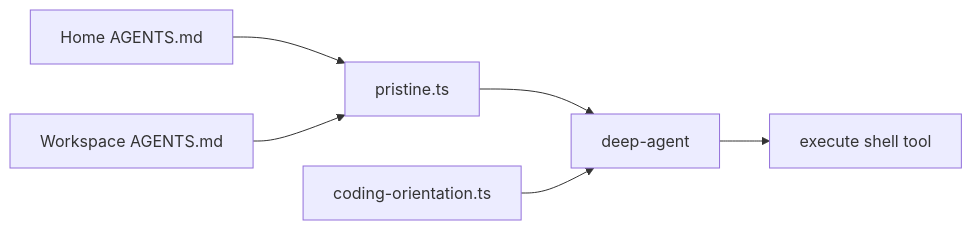
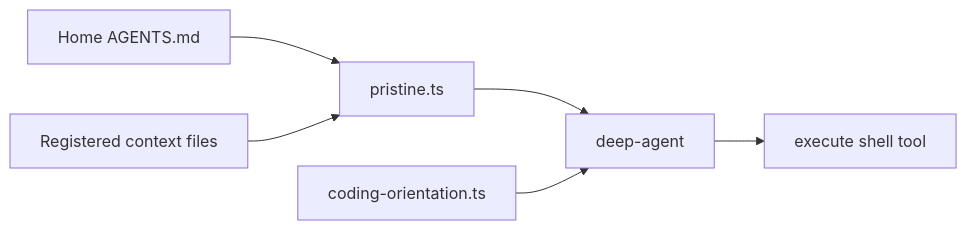
The second of 4 diagrams in architecture/current/runtime-flows.md (EtienneLescot/yagr), drawn with Mermaid before and after one commit. The commit also changed other lines of this file and 197 other files, not shown here.

````diff
--- a/architecture/current/runtime-flows.md
+++ b/architecture/current/runtime-flows.md
@@ -40,15 +40,15 @@
 ```mermaid
 flowchart LR
     HOME[Home AGENTS.md]
-    WORK[Workspace AGENTS.md]
+    CTX[Registered context files]
     PR[pristine.ts]
     CODE[coding-orientation.ts]
     AGENT[deep-agent]
     SHELL[execute shell tool]
 
     HOME --> PR
-    WORK --> PR
+    CTX --> PR
     PR --> AGENT
     CODE --> AGENT
     AGENT --> SHELL
 ```
````
